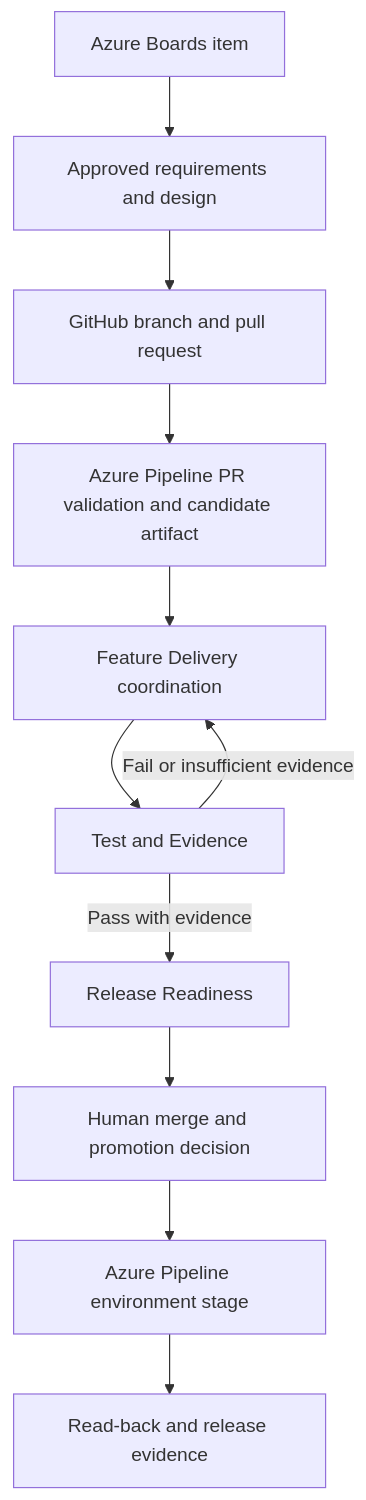
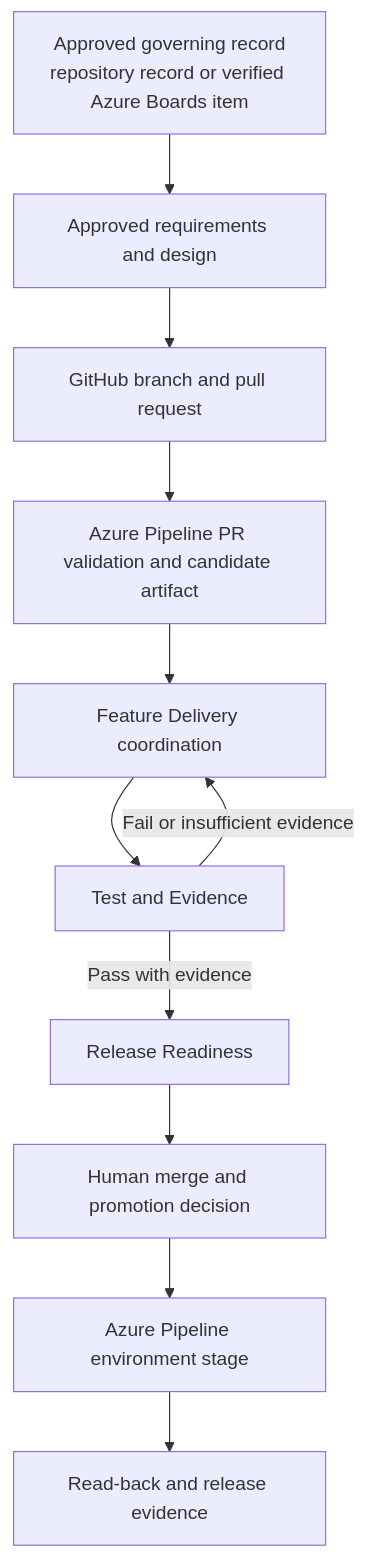
The diagram in docs/specs/2026-10-02-hr-frontier-copilot-agent-portfolio-governance-design.md (urruegg/caldova-hr-frontier), drawn with Mermaid before and after one commit. The commit also changed other lines of this file and 2 other files, not shown here.

Commit message:
docs: design documentation knowledge architecture

````diff
--- a/docs/specs/2026-10-02-hr-frontier-copilot-agent-portfolio-governance-design.md
+++ b/docs/specs/2026-10-02-hr-frontier-copilot-agent-portfolio-governance-design.md
@@ -206,13 +211,13 @@
 ```mermaid
 flowchart TD
-    BOARD["Azure Boards item"] --> DESIGN["Approved requirements and design"]
+    RECORD["Approved governing record<br/>repository record or verified Azure Boards item"] --> DESIGN["Approved requirements and design"]
     DESIGN --> PR["GitHub branch and pull request"]
     PR --> PRPIPE["Azure Pipeline PR validation and candidate artifact"]
     PRPIPE --> FEATURE["Feature Delivery coordination"]
     FEATURE --> TEST["Test and Evidence"]
     TEST -- "Fail or insufficient evidence" --> FEATURE
     TEST -- "Pass with evidence" --> RELEASE["Release Readiness"]
     RELEASE --> HUMAN["Human merge and promotion decision"]
     HUMAN --> STAGE["Azure Pipeline environment stage"]
     STAGE --> READBACK["Read-back and release evidence"]
 ```
````
